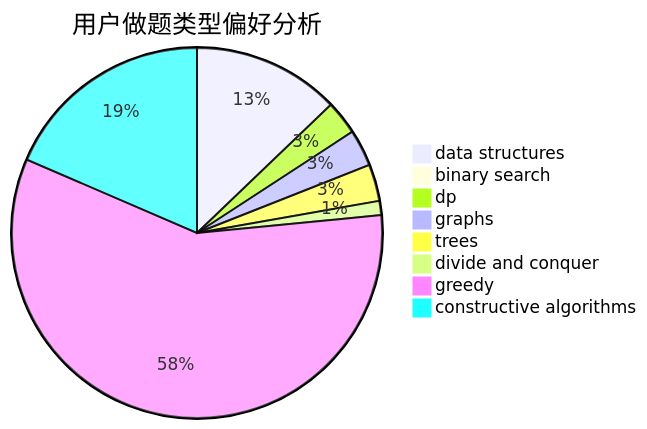
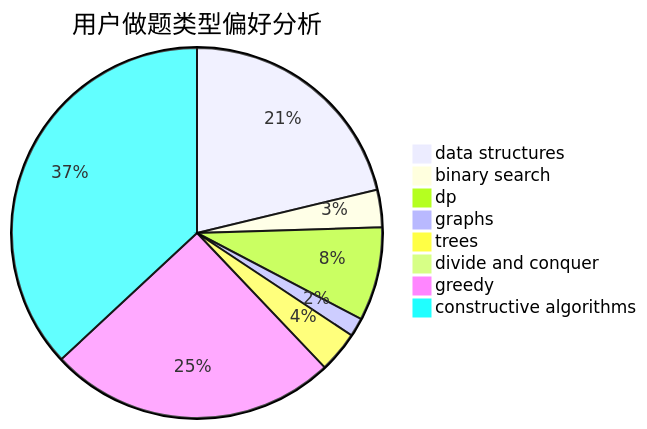
One commit to sherpahu/cfrs.github.io changed the second of 3 diagrams in docs/user/u2730.md. Above: the diagram before and after it, drawn with Mermaid. The commit also changed other lines of this file and 2770 other files, not shown here.

````diff
--- a/docs/user/u2730.md
+++ b/docs/user/u2730.md
@@ -23,11 +23,11 @@
 ```mermaid
 pie title 用户做题类型偏好分析
-    "data structures" :  52
-    "binary search" :  0
-    "dp" :  12
-    "graphs" :  13
-    "trees" :  13
-    "divide and conquer" :  5
-    "greedy" :  235
-    "constructive algorithms" :  75
+    "data structures" :  65
+    "binary search" :  10
+    "dp" :  25
+    "graphs" :  5
+    "trees" :  11
+    "divide and conquer" :  0
+    "greedy" :  77
+    "constructive algorithms" :  113
 ```
````
